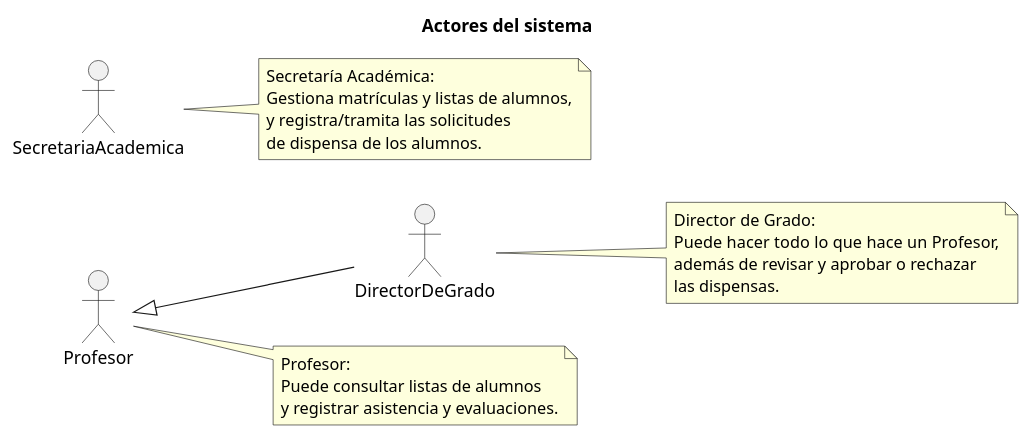
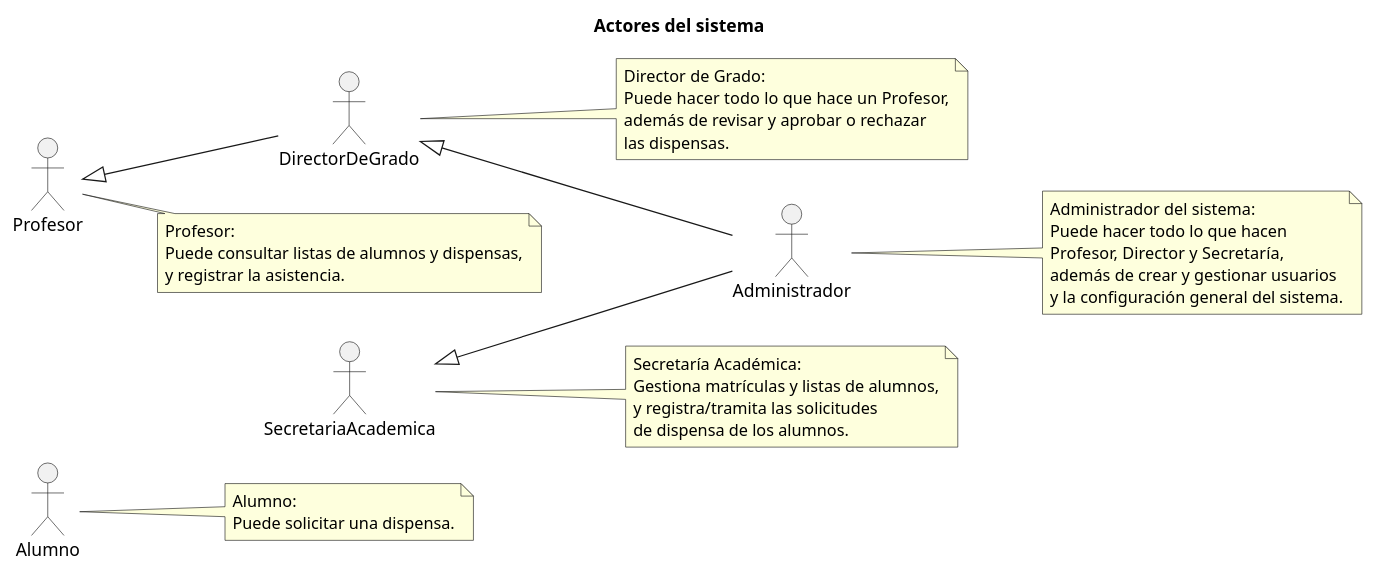
One commit to enmabry/25-26-IdSw1-SdR changed the diagram in documents/CasosDeUso/Actores/Actores.puml. Above: the diagram before and after it, drawn with PlantUML. The commit also changed 1 other file, not shown here.

Commit message:
Se ha actualizado el diagrama de actores, porque se han encontrado nuevos requisitos.

```diff
--- a/documents/CasosDeUso/Actores/Actores.puml
+++ b/documents/CasosDeUso/Actores/Actores.puml
@@ -1,33 +1,52 @@
 @startuml Actores
 title Actores del sistema
 
 left to right direction
 
+actor Alumno as Alumno
 actor Profesor as Profesor
 actor DirectorDeGrado as Director
 actor SecretariaAcademica as Secretaria
+actor Administrador as Admin
 
 ' El Director de Grado puede hacer todo lo que hace un Profesor
 Profesor <|-down- Director
 
+' El Administrador puede hacer todo lo que hacen Director y Secretaría
+Director <|-down- Admin
+Secretaria <|-down- Admin
+
+note right of Alumno
+  Alumno:
+  Puede solicitar una dispensa.
+end note
+
 note right of Profesor
   Profesor:
-  Puede consultar listas de alumnos
-  y registrar asistencia y evaluaciones.
+  Puede consultar listas de alumnos y dispensas,
+  y registrar la asistencia.
 end note
 
 note right of Director
   Director de Grado:
   Puede hacer todo lo que hace un Profesor,
   además de revisar y aprobar o rechazar
   las dispensas.
 end note
 
 note right of Secretaria
   Secretaría Académica:
   Gestiona matrículas y listas de alumnos,
   y registra/tramita las solicitudes
   de dispensa de los alumnos.
 end note
 
+note right of Admin
+  Administrador del sistema:
+  Puede hacer todo lo que hacen
+  Profesor, Director y Secretaría,
+  además de crear y gestionar usuarios
+  y la configuración general del sistema.
+end note
+
 @enduml
```
